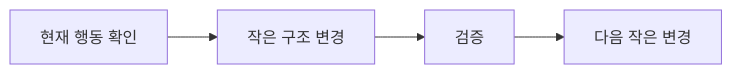
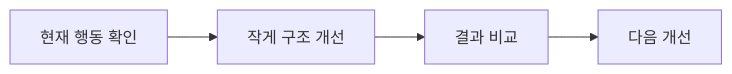
The diagram in content/topics/clean-code-refactoring.md (moocongpapa/it-study), drawn with Mermaid before and after one commit. The commit also changed other lines of this file and 71 other files, not shown here.

````diff
--- a/content/topics/clean-code-refactoring.md
+++ b/content/topics/clean-code-refactoring.md
@@ -6,4 +20,4 @@
 ```mermaid
 flowchart LR
-  A["현재 행동 확인"] --> B["작은 구조 변경"] --> C["검증"] --> D["다음 작은 변경"]
+ A["현재 행동 확인"] --> B["작게 구조 개선"] --> C["결과 비교"] --> D["다음 개선"]
 ```
````
